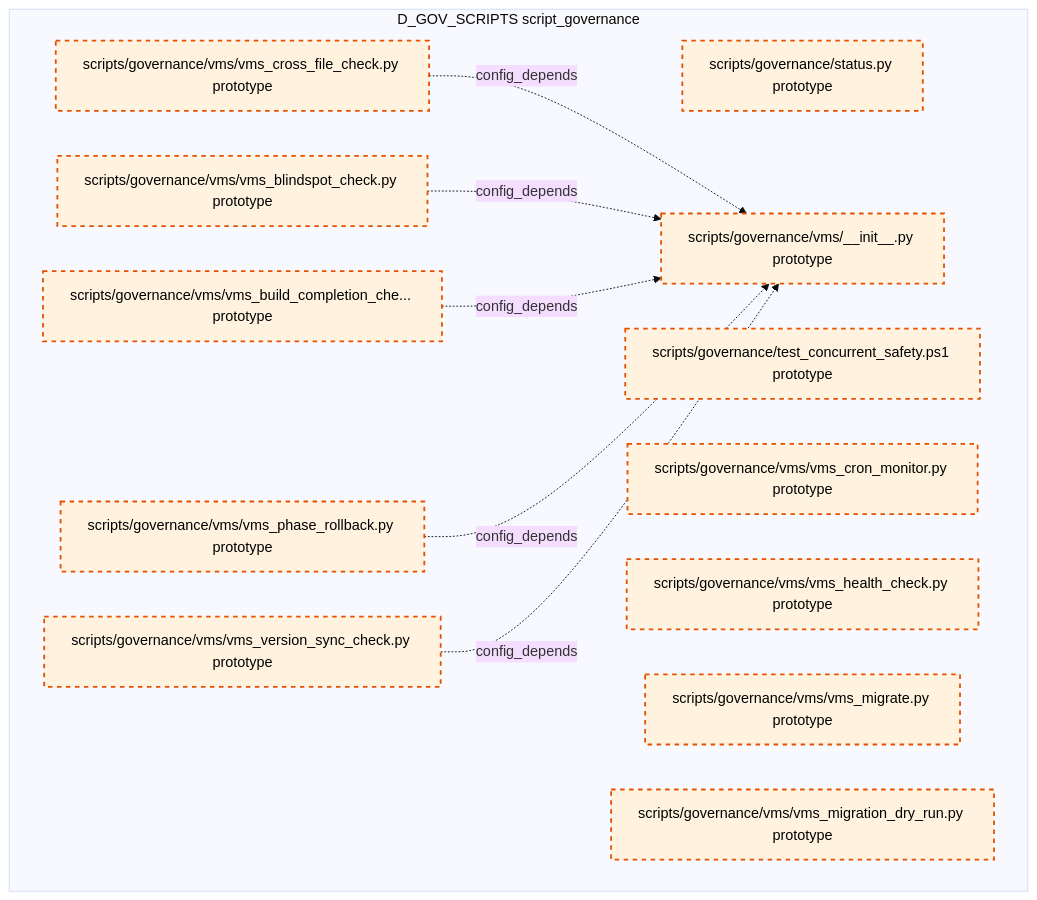
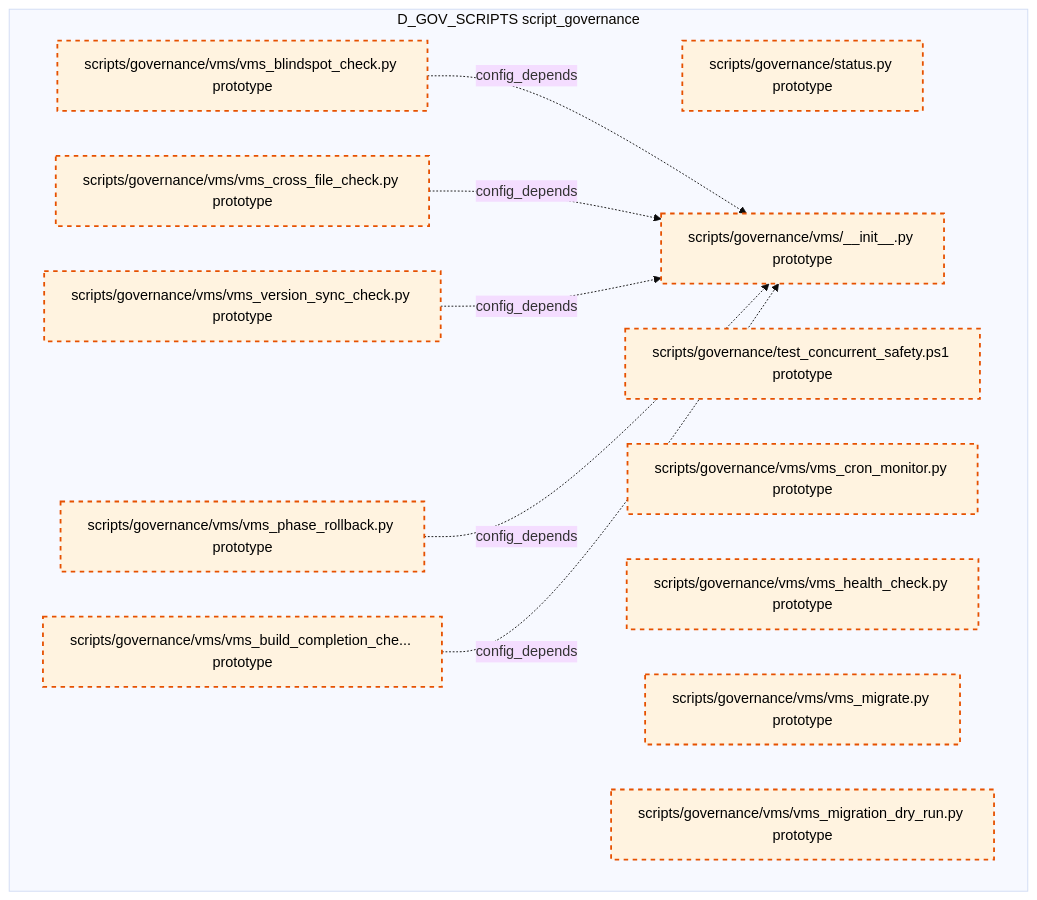
One commit to xuanFelixVan/ZephyrAlpha changed diagram 15 of 15 in docs/02_enterprise_architecture/02_domain_architecture_docs/36_d_gov_scripts.md. Above: the diagram before and after it, drawn with Mermaid (base theme). The commit also changed other lines of this file and 99 other files, not shown here.

````diff
--- a/docs/02_enterprise_architecture/02_domain_architecture_docs/36_d_gov_scripts.md
+++ b/docs/02_enterprise_architecture/02_domain_architecture_docs/36_d_gov_scripts.md
@@ -1013,27 +1013,27 @@
 ```mermaid
 graph TD
     subgraph D_GOV_SCRIPTS["D_GOV_SCRIPTS script_governance"]
         scripts_governance_status_py["scripts/governance/status.py prototype"]
         scripts_governance_test_concurrent_safety_ps1["scripts/governance/test_concurrent_safety.ps1 prototype"]
         scripts_governance_vms_init_py["scripts/governance/vms/__init__.py prototype"]
         scripts_governance_vms_vms_blindspot_check_py["scripts/governance/vms/vms_blindspot_check.py prototype"]
         scripts_governance_vms_vms_build_completion_check_py["scripts/governance/vms/vms_build_completion_che... prototype"]
         scripts_governance_vms_vms_cron_monitor_py["scripts/governance/vms/vms_cron_monitor.py prototype"]
         scripts_governance_vms_vms_cross_file_check_py["scripts/governance/vms/vms_cross_file_check.py prototype"]
         scripts_governance_vms_vms_health_check_py["scripts/governance/vms/vms_health_check.py prototype"]
         scripts_governance_vms_vms_migrate_py["scripts/governance/vms/vms_migrate.py prototype"]
         scripts_governance_vms_vms_migration_dry_run_py["scripts/governance/vms/vms_migration_dry_run.py prototype"]
         scripts_governance_vms_vms_phase_rollback_py["scripts/governance/vms/vms_phase_rollback.py prototype"]
         scripts_governance_vms_vms_version_sync_check_py["scripts/governance/vms/vms_version_sync_check.py prototype"]
     end
+    scripts_governance_vms_vms_blindspot_check_py -.->|config_depends| scripts_governance_vms_init_py
     scripts_governance_vms_vms_cross_file_check_py -.->|config_depends| scripts_governance_vms_init_py
-    scripts_governance_vms_vms_blindspot_check_py -.->|config_depends| scripts_governance_vms_init_py
+    scripts_governance_vms_vms_version_sync_check_py -.->|config_depends| scripts_governance_vms_init_py
+    scripts_governance_vms_vms_phase_rollback_py -.->|config_depends| scripts_governance_vms_init_py
     scripts_governance_vms_vms_build_completion_check_py -.->|config_depends| scripts_governance_vms_init_py
-    scripts_governance_vms_vms_phase_rollback_py -.->|config_depends| scripts_governance_vms_init_py
-    scripts_governance_vms_vms_version_sync_check_py -.->|config_depends| scripts_governance_vms_init_py
     classDef production fill:#e1f5fe,stroke:#01579b,stroke-width:2px,color:#000
     classDef design fill:#fff3e0,stroke:#e65100,stroke-width:2px,color:#000,stroke-dasharray: 5 5
     classDef external_prod fill:#e8f5e9,stroke:#1b5e20,stroke-width:1px,color:#000
     classDef external_design fill:#fce4ec,stroke:#880e4f,stroke-width:1px,color:#000,stroke-dasharray: 5 5
     class scripts_governance_status_py,scripts_governance_test_concurrent_safety_ps1,scripts_governance_vms_init_py,scripts_governance_vms_vms_blindspot_check_py,scripts_governance_vms_vms_build_completion_check_py,scripts_governance_vms_vms_cron_monitor_py,scripts_governance_vms_vms_cross_file_check_py,scripts_governance_vms_vms_health_check_py,scripts_governance_vms_vms_migrate_py,scripts_governance_vms_vms_migration_dry_run_py,scripts_governance_vms_vms_phase_rollback_py,scripts_governance_vms_vms_version_sync_check_py design
 ```
````
